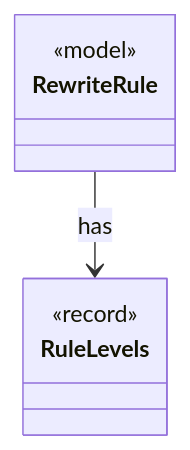
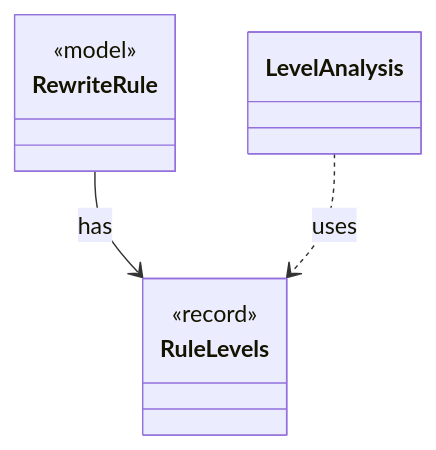
Before and after one commit to tlaplus/model-checker-hardening: the diagram in dev/types/io.github.tlaplus.hardening.gen.rewrite.RuleLevels.md, drawn with Mermaid. The commit also changed other lines of this file and 405 other files, not shown here.

````diff
--- a/dev/types/io.github.tlaplus.hardening.gen.rewrite.RuleLevels.md
+++ b/dev/types/io.github.tlaplus.hardening.gen.rewrite.RuleLevels.md
@@ -9,10 +9,12 @@
 ```mermaid
 classDiagram
   class RuleLevels {
     <<record>>
   }
   class RewriteRule {
     <<model>>
   }
+  class LevelAnalysis
   RewriteRule --> RuleLevels : has
+  LevelAnalysis ..> RuleLevels : uses
 ```
````
